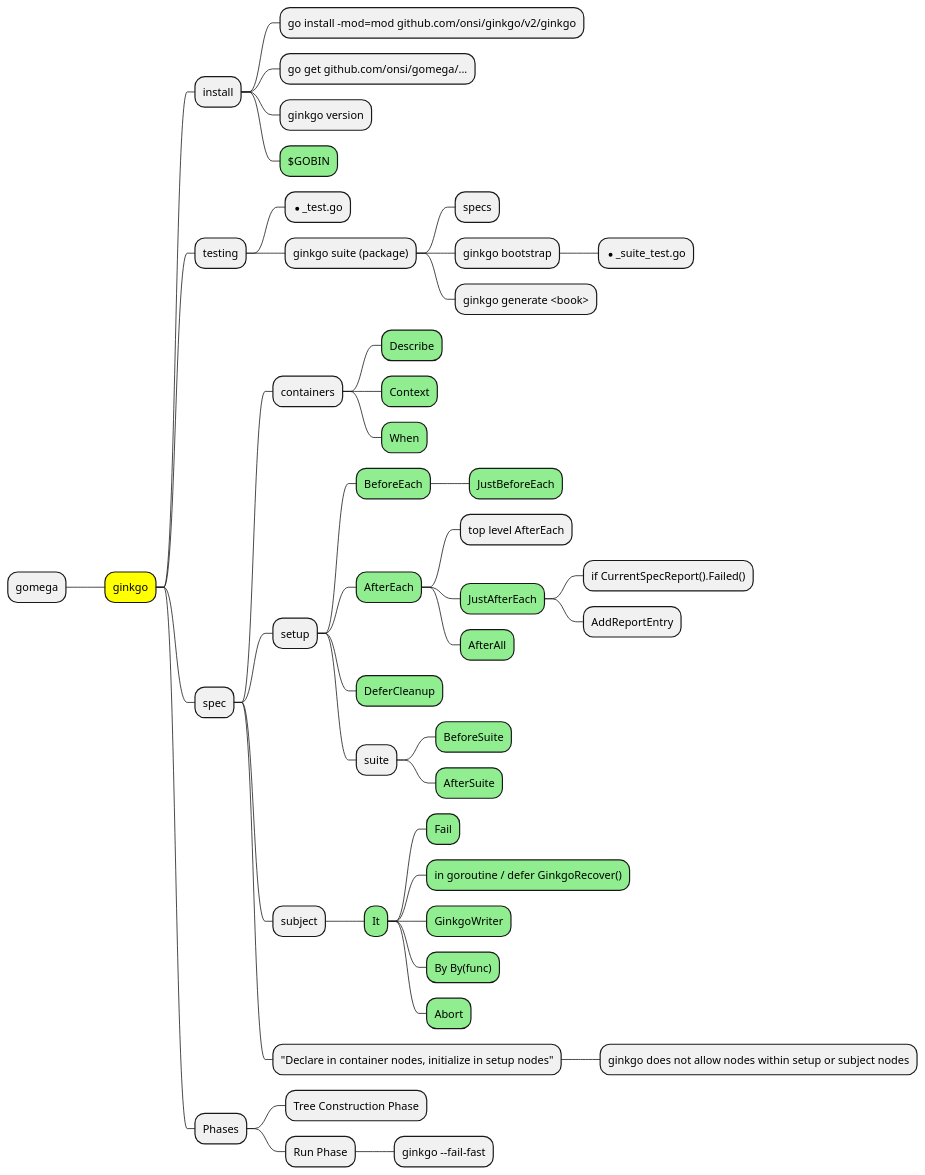
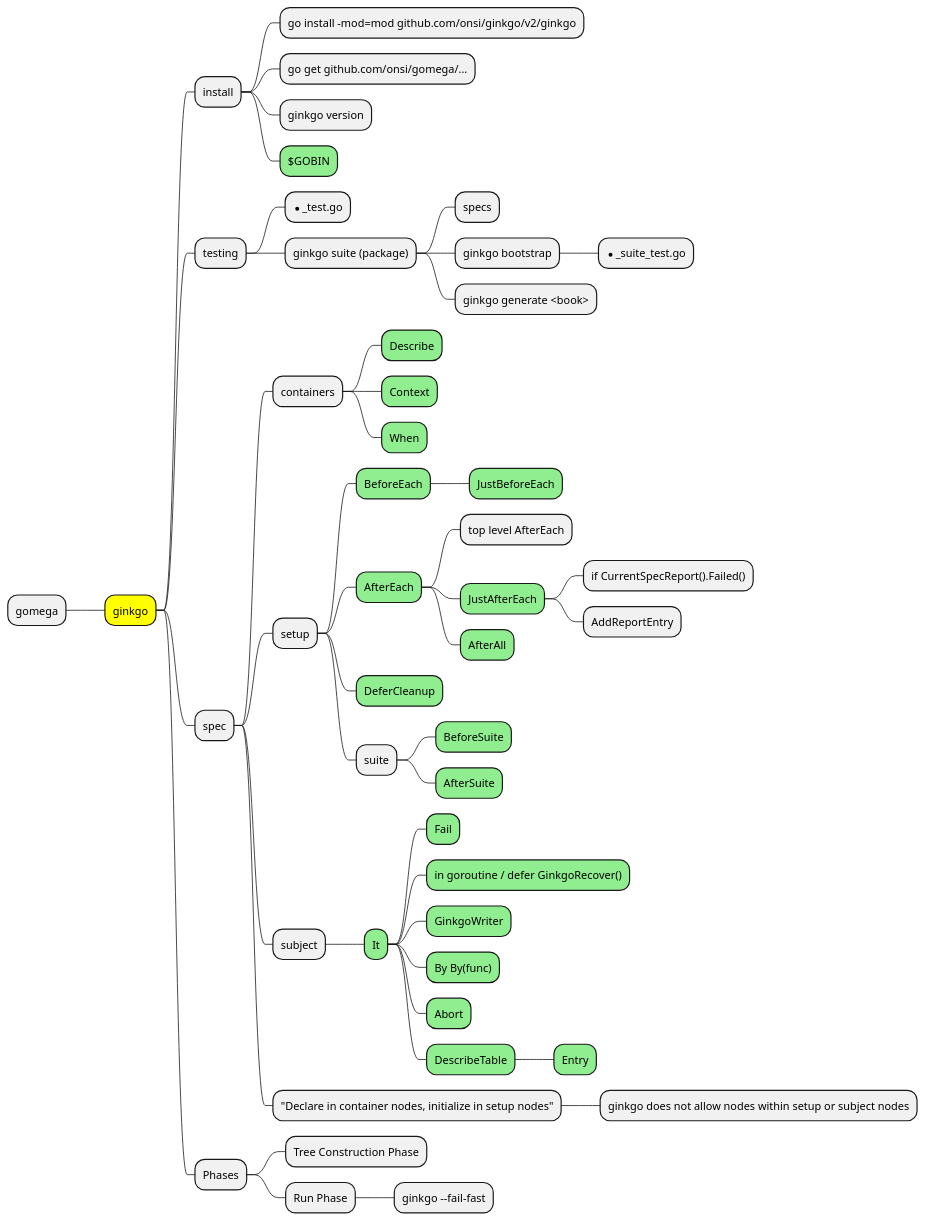
Before and after one commit to waffleboot/ginkgo-learn: the diagram in doc.plantuml, drawn with PlantUML. The commit also changed 2 other files, not shown here.

Commit message:
describe table

```diff
--- a/doc.plantuml
+++ b/doc.plantuml
@@ -1,47 +1,49 @@
 @startmindmap
 +[#Yellow] ginkgo
 -- gomega
 ++ install
 +++ go install -mod=mod github.com/onsi/ginkgo/v2/ginkgo
 +++ go get github.com/onsi/gomega/...
 +++ ginkgo version
 +++[#LightGreen] $GOBIN
 ++ testing
 +++ *_test.go
 +++ ginkgo suite (package)
 ++++ specs
 ++++ ginkgo bootstrap
 +++++ *_suite_test.go
 ++++ ginkgo generate <book>
 ++ spec
 +++ containers
 ++++[#LightGreen] Describe
 ++++[#LightGreen] Context
 ++++[#LightGreen] When
 +++ setup
 ++++[#LightGreen] BeforeEach
 +++++[#LightGreen] JustBeforeEach
 ++++[#LightGreen] AfterEach
 +++++ top level AfterEach
 +++++[#LightGreen] JustAfterEach
 ++++++ if CurrentSpecReport().Failed()
 ++++++ AddReportEntry
 +++++[#LightGreen] AfterAll
 ++++[#LightGreen] DeferCleanup
 ++++ suite
 +++++[#LightGreen] BeforeSuite
 +++++[#LightGreen] AfterSuite
 +++ subject
 ++++[#LightGreen] It
 +++++[#LightGreen] Fail
 +++++[#LightGreen] in goroutine / defer GinkgoRecover()
 +++++[#LightGreen] GinkgoWriter
 +++++[#LightGreen] By By(func)
 +++++[#LightGreen] Abort
++++++[#LightGreen] DescribeTable
+++++++[#LightGreen] Entry
 +++ "Declare in container nodes, initialize in setup nodes"
 ++++ ginkgo does not allow nodes within setup or subject nodes
 ++ Phases
 +++ Tree Construction Phase
 +++ Run Phase
 ++++ ginkgo --fail-fast
 @endmindmap
```
